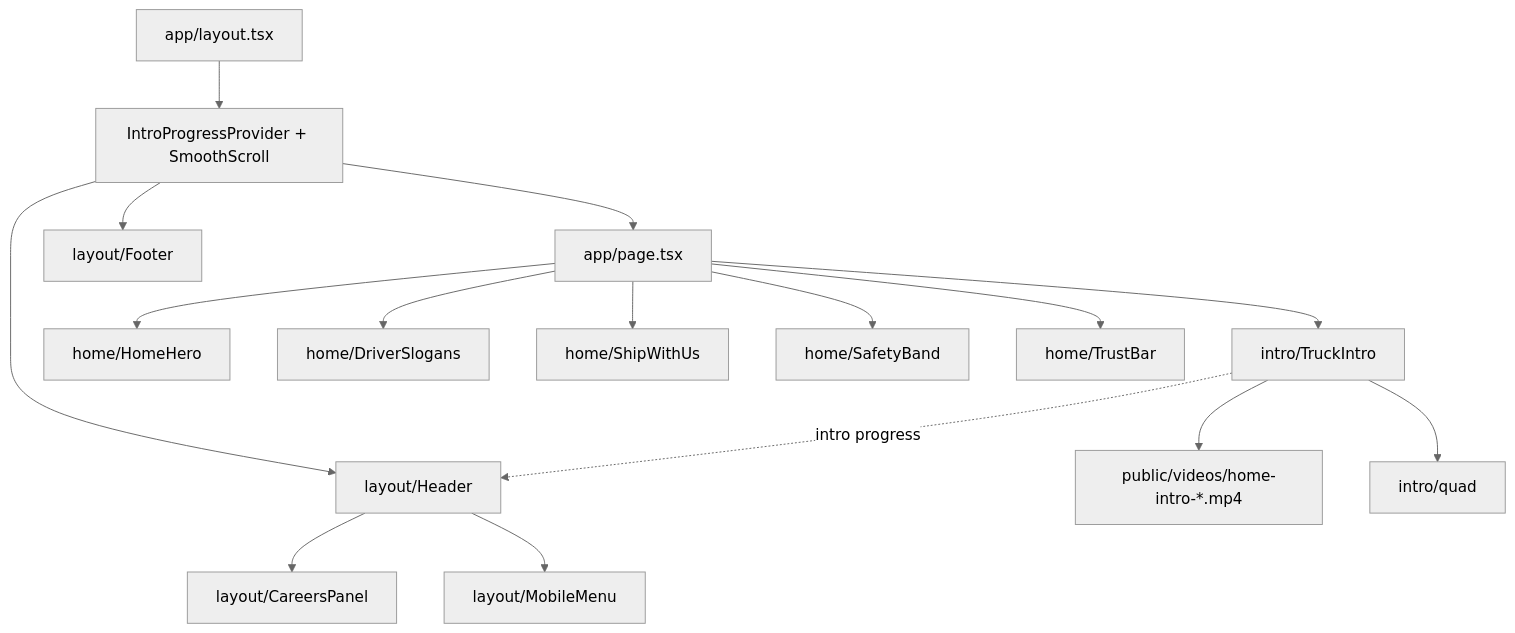
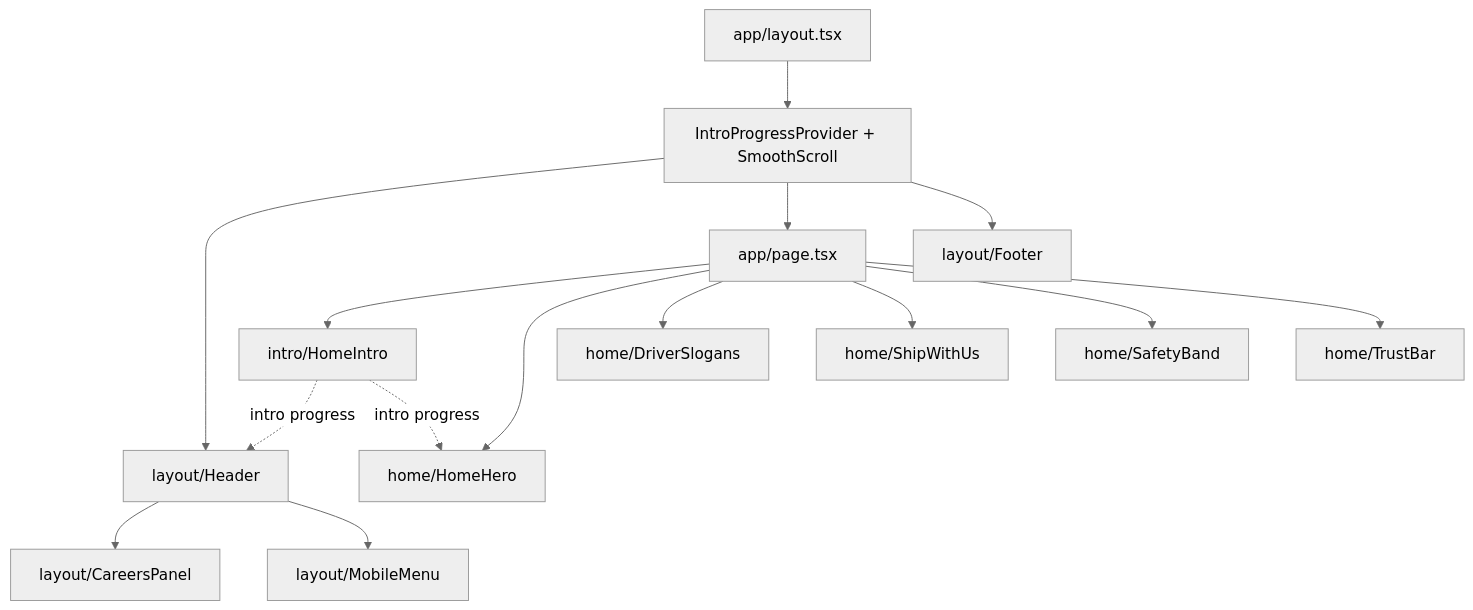
One commit to stadlerv3311/laughing-dollop changed the diagram in docs/NAVIGATION.md. Above: the diagram before and after it, drawn with Mermaid (neutral theme). The commit also changed other lines of this file and 3 other files, not shown here.

````diff
--- a/docs/NAVIGATION.md
+++ b/docs/NAVIGATION.md
@@ -55,18 +53,17 @@
 ```mermaid
 flowchart TD
   Layout["app/layout.tsx"] --> Providers["IntroProgressProvider + SmoothScroll"]
   Providers --> Header["layout/Header"]
   Providers --> Page["app/page.tsx"]
   Providers --> Footer["layout/Footer"]
   Header --> CareersPanel["layout/CareersPanel"]
   Header --> MobileMenu["layout/MobileMenu"]
-  Page --> TruckIntro["intro/TruckIntro"]
+  Page --> HomeIntro["intro/HomeIntro"]
   Page --> HomeHero["home/HomeHero"]
   Page --> DriverSlogans["home/DriverSlogans"]
   Page --> ShipWithUs["home/ShipWithUs"]
   Page --> SafetyBand["home/SafetyBand"]
   Page --> TrustBar["home/TrustBar"]
-  TruckIntro --> Video["public/videos/home-intro-*.mp4"]
-  TruckIntro --> Quad["intro/quad"]
-  TruckIntro -. "intro progress" .-> Header
+  HomeIntro -. "intro progress" .-> Header
+  HomeIntro -. "intro progress" .-> HomeHero
 ```
````
